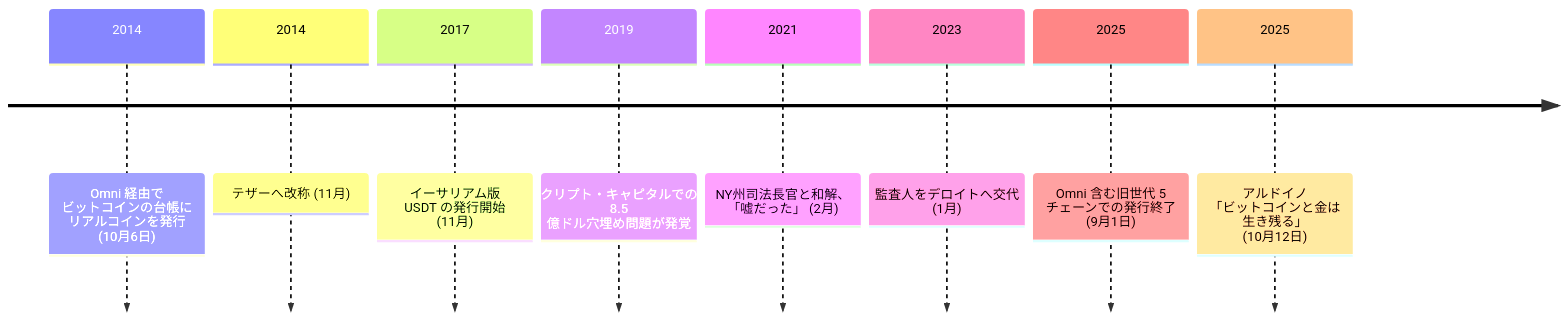
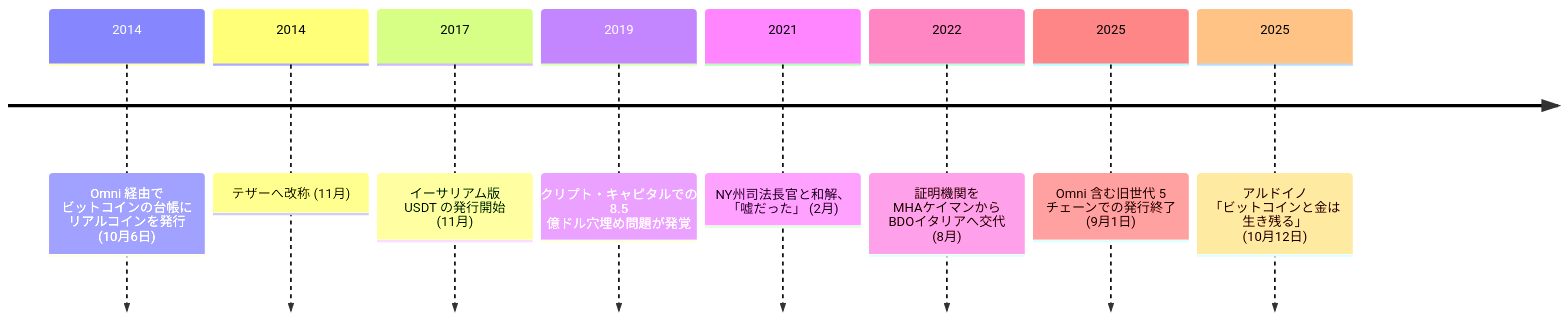
One commit to cypher256/BitcoinArchive changed the diagram in src/data/translations/ja/currency/2026-07-27-usdt-currency-overview.md. Above: the diagram before and after it, drawn with Mermaid. The commit also changed 66 other files, not shown here.

````diff
--- a/src/data/translations/ja/currency/2026-07-27-usdt-currency-overview.md
+++ b/src/data/translations/ja/currency/2026-07-27-usdt-currency-overview.md
@@ -72,11 +72,11 @@
 ```mermaid
 timeline
     2014 : Omni 経由で ビットコインの台帳に リアルコインを発行 (10月6日)
     2014 : テザーへ改称 (11月)
     2017 : イーサリアム版 USDT の発行開始 (11月)
     2019 : クリプト・キャピタルでの 8.5 億ドル穴埋め問題が発覚
     2021 : NY州司法長官と和解、 「嘘だった」 (2月)
-    2023 : 監査人をデロイトへ交代 (1月)
+    2022 : 証明機関を MHAケイマンから BDOイタリアへ交代 (8月)
     2025 : Omni 含む旧世代 5 チェーンでの発行終了 (9月1日)
     2025 : アルドイノ 「ビットコインと金は 生き残る」 (10月12日)
 ```
````
